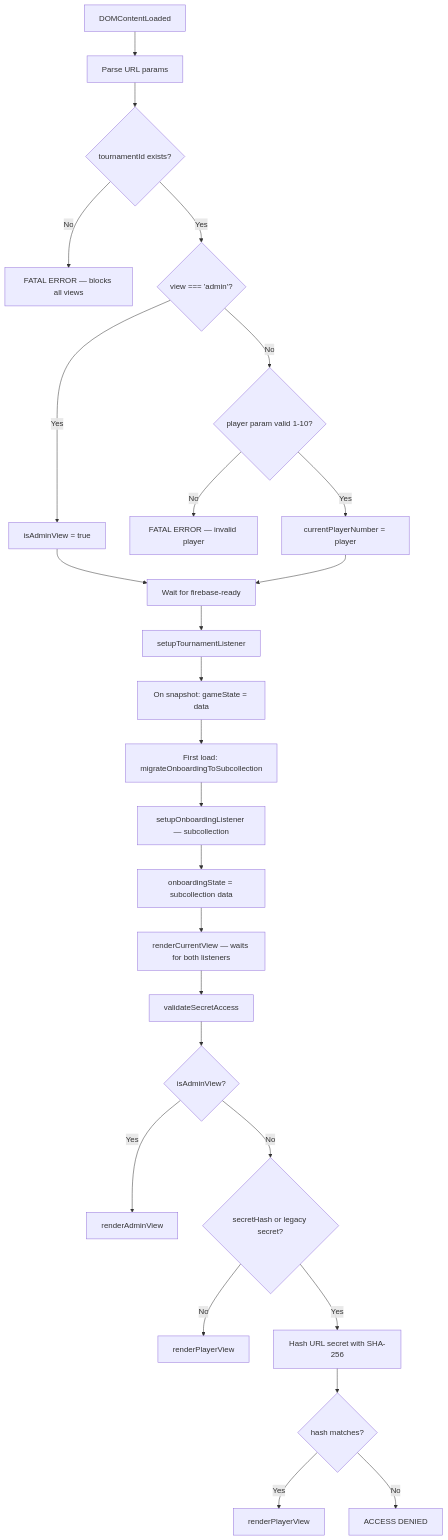
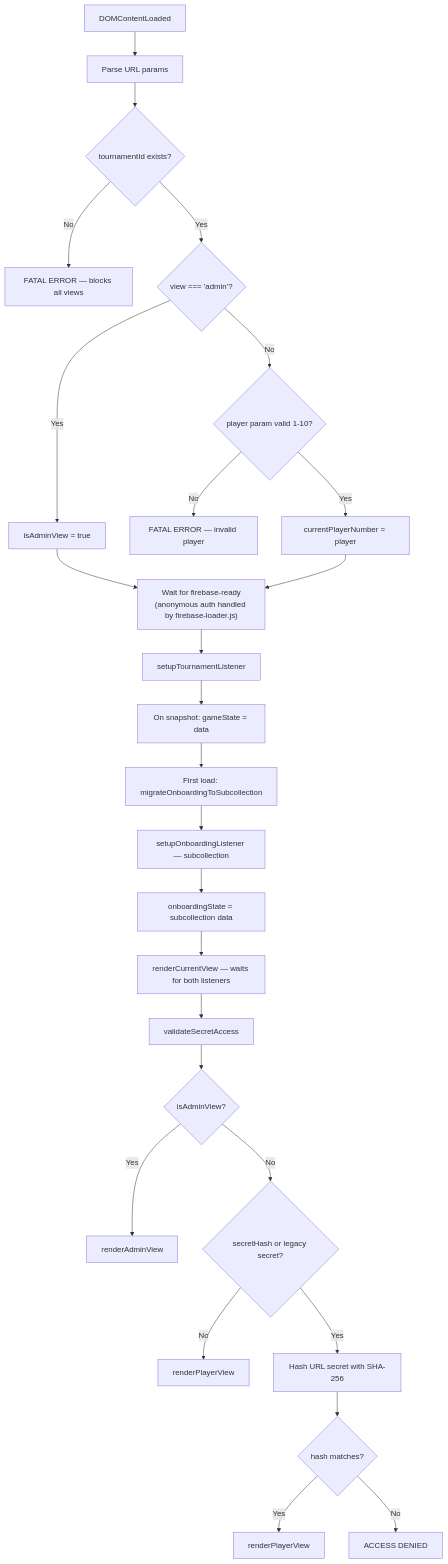
The first of 6 diagrams in BoardGame/docs/architecture/onboarding-lightweight.md (LNiitlahti/BoardGame), drawn with Mermaid before and after one commit. The commit also changed other lines of this file and 25 other files, not shown here.

First line of the commit message:
Add break queue, anonymous auth, onboarding status, Firestore rules, and doc fixes

````diff
--- a/BoardGame/docs/architecture/onboarding-lightweight.md
+++ b/BoardGame/docs/architecture/onboarding-lightweight.md
@@ -13,28 +13,28 @@
 ```mermaid
 flowchart TD
     A[DOMContentLoaded] --> B[Parse URL params]
     B --> C{tournamentId exists?}
     C -->|No| D[FATAL ERROR — blocks all views]
     C -->|Yes| E{"view === 'admin'?"}
     E -->|Yes| F[isAdminView = true]
     E -->|No| G{player param valid 1-10?}
     G -->|No| H[FATAL ERROR — invalid player]
     G -->|Yes| I[currentPlayerNumber = player]
-    F --> J[Wait for firebase-ready]
+    F --> J["Wait for firebase-ready<br/>(anonymous auth handled by firebase-loader.js)"]
     I --> J
     J --> K[setupTournamentListener]
     K --> L["On snapshot: gameState = data"]
     L --> L2["First load: migrateOnboardingToSubcollection"]
     L2 --> L3["setupOnboardingListener — subcollection"]
     L3 --> L4["onboardingState = subcollection data"]
     L4 --> M["renderCurrentView — waits for both listeners"]
     M --> M2["validateSecretAccess"]
     M2 --> N{isAdminView?}
     N -->|Yes| O[renderAdminView]
     N -->|No| P{secretHash or legacy secret?}
     P -->|No| Q[renderPlayerView]
     P -->|Yes| R[Hash URL secret with SHA-256]
     R --> S{hash matches?}
     S -->|Yes| T[renderPlayerView]
     S -->|No| U[ACCESS DENIED]
 ```
````
